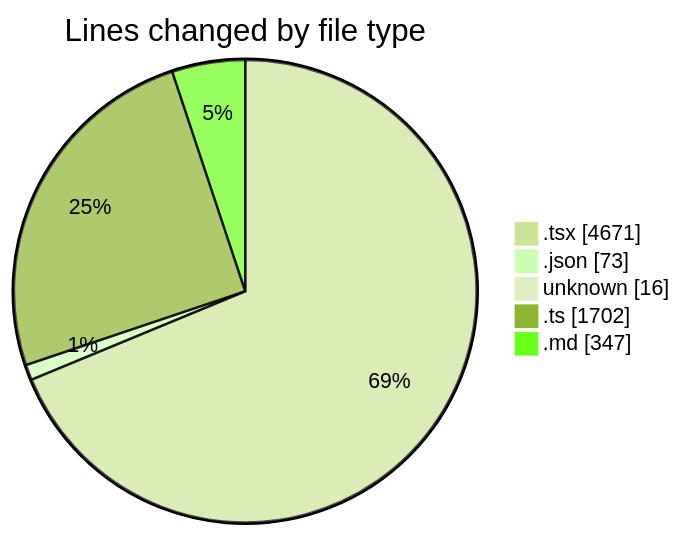
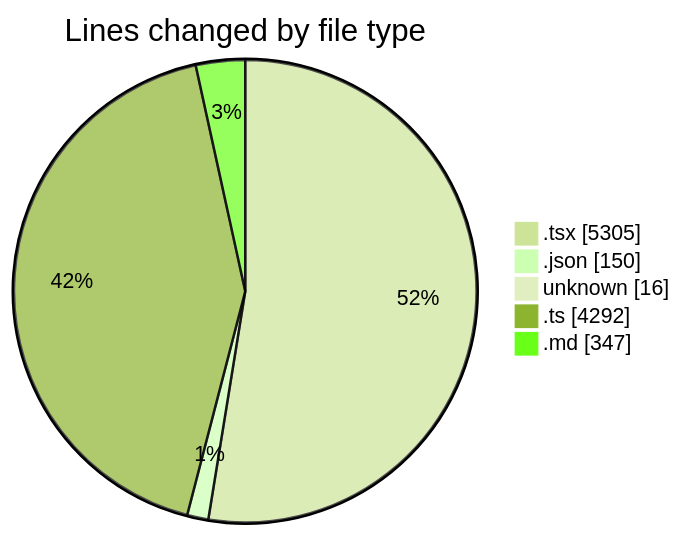
Before and after one commit to ernivani/code-tracking: the first of 2 diagrams in 2025-01-03/tinycms/README.md, drawn with Mermaid (forest theme). The commit also changed other lines of this file and 3 other files, not shown here.

````diff
--- a/2025-01-03/tinycms/README.md
+++ b/2025-01-03/tinycms/README.md
@@ -50,9 +53,9 @@
 ```mermaid
 pie showData
 title Lines changed by file type
-".tsx" : 4671
-".json" : 73
+".tsx" : 5305
+".json" : 150
 "unknown" : 16
-".ts" : 1702
+".ts" : 4292
 ".md" : 347
 ```
````
